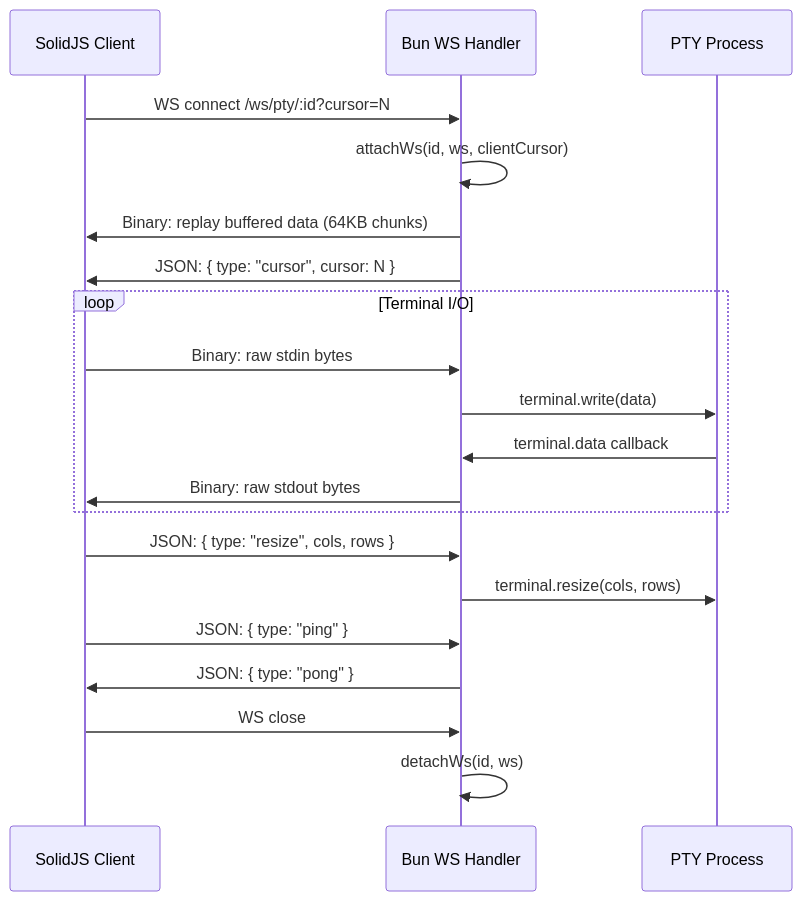
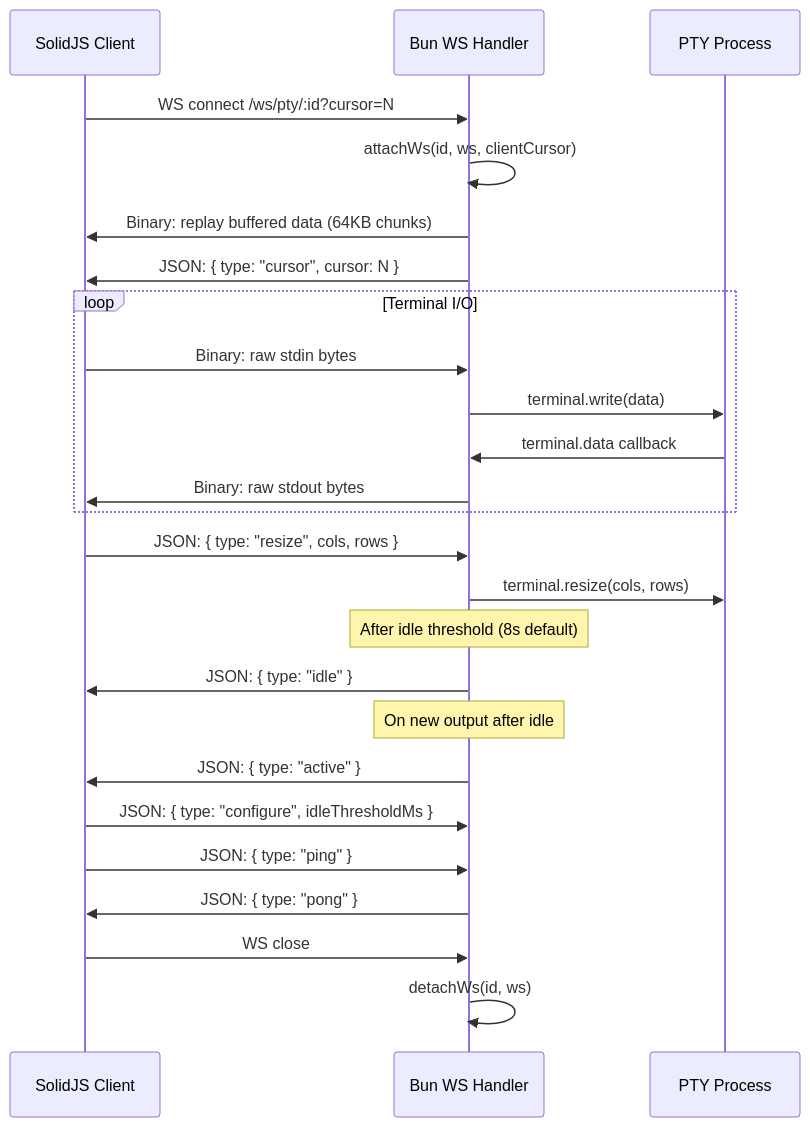
The fifth of 6 diagrams in README.md (wilky-way/bord), drawn with Mermaid before and after one commit. The commit also changed other lines of this file and 21 other files, not shown here.

````diff
--- a/README.md
+++ b/README.md
@@ -369,27 +395,33 @@
 ```mermaid
 sequenceDiagram
     participant Client as SolidJS Client
     participant Server as Bun WS Handler
     participant PTY as PTY Process
 
     Client->>Server: WS connect /ws/pty/:id?cursor=N
     Server->>Server: attachWs(id, ws, clientCursor)
     Server->>Client: Binary: replay buffered data (64KB chunks)
     Server->>Client: JSON: { type: "cursor", cursor: N }
 
     loop Terminal I/O
         Client->>Server: Binary: raw stdin bytes
         Server->>PTY: terminal.write(data)
         PTY->>Server: terminal.data callback
         Server->>Client: Binary: raw stdout bytes
     end
 
     Client->>Server: JSON: { type: "resize", cols, rows }
     Server->>PTY: terminal.resize(cols, rows)
 
+    Note over Server: After idle threshold (8s default)
+    Server->>Client: JSON: { type: "idle" }
+    Note over Server: On new output after idle
+    Server->>Client: JSON: { type: "active" }
+
+    Client->>Server: JSON: { type: "configure", idleThresholdMs }
     Client->>Server: JSON: { type: "ping" }
     Server->>Client: JSON: { type: "pong" }
 
     Client->>Server: WS close
     Server->>Server: detachWs(id, ws)
 ```
````
